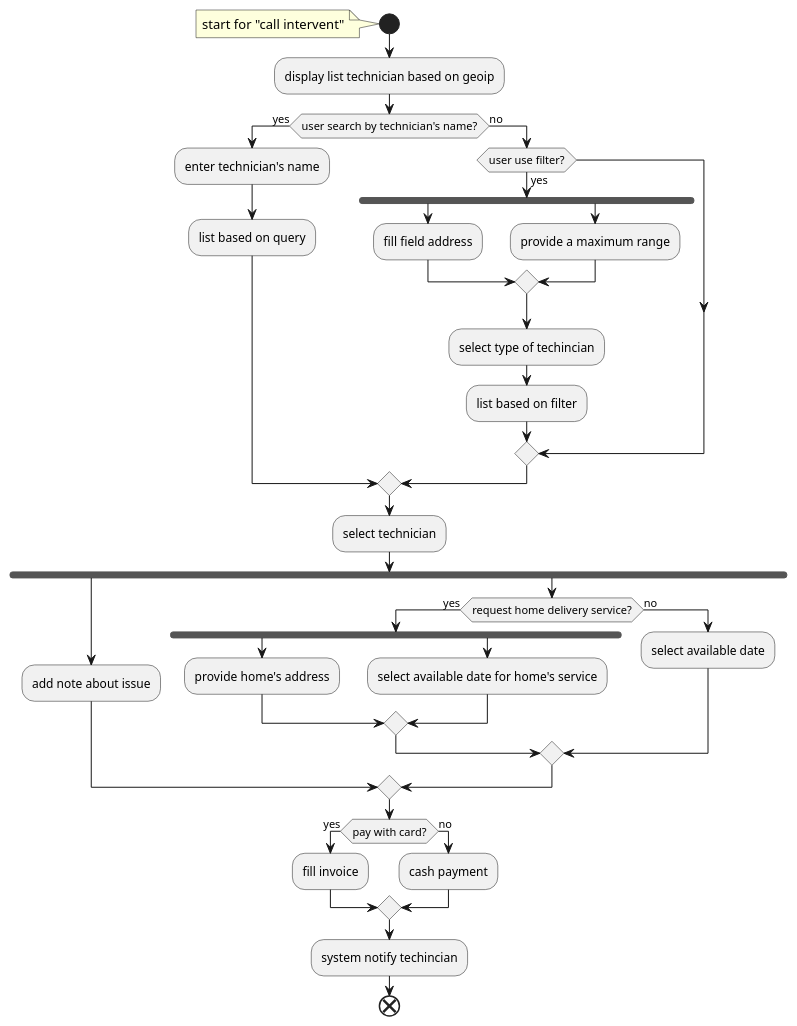
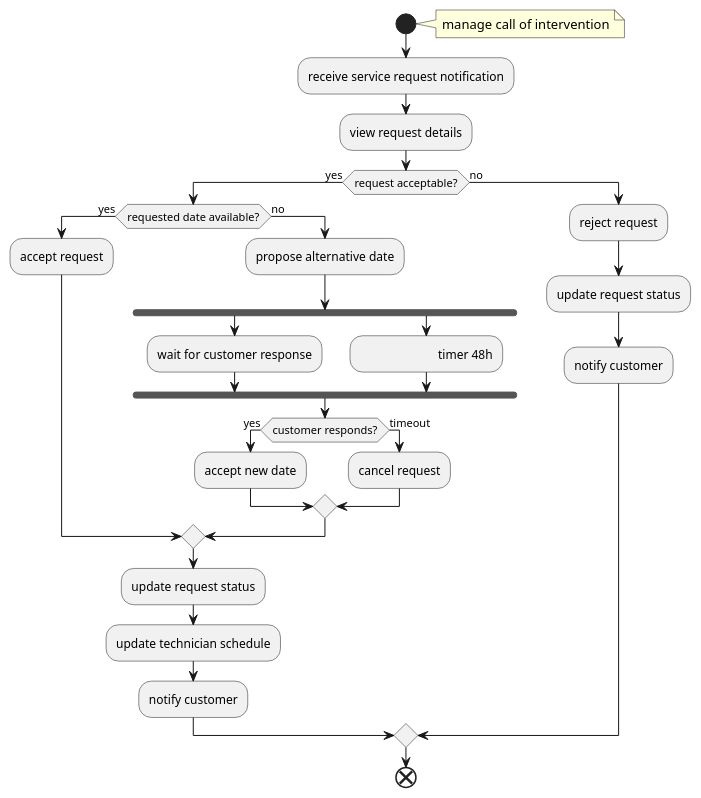
Before and after one commit to GiuEliNo/JustIT: the diagram in doc/activity_diagrams/call_intervantion_plantuml.md, drawn with PlantUML.

Commit message:
aggiunto timer

````diff
--- a/doc/activity_diagrams/call_intervantion_plantuml.md
+++ b/doc/activity_diagrams/call_intervantion_plantuml.md
@@ -1,57 +1,49 @@
 ```plantuml
 @startuml
+start
 
-start
-note
-start for "call intervent"
+note right
+manage call of intervention
 end note
 
-:display list technician based on geoip;
+:receive service request notification;
+:view request details;
 
-if (user search by technician's name?) then (yes)
-    :enter technician's name;
-    :list based on query;
+if (request acceptable?) then (yes)
+
+    if (requested date available?) then (yes)
+        :accept request;
+    else (no)
+        :propose alternative date;
+        fork
+            :wait for customer response;
+            
+        fork again
+        
+            :\t\t\t timer 48h; <<timeEvent>>
+            
+        end fork
+        
+        if (customer responds?) then (yes)
+                :accept new date;
+            else (timeout)
+                :cancel request;
+        endif
+        
+    endif
+
+    :update request status;
+    :update technician schedule;
+    :notify customer;
+
 else (no)
-    if (user use filter?) then (yes)
-    fork
-        :fill field address;
-    fork again
-        :provide a maximum range;
-    end merge
 
-    :select type of techincian;
-
-    :list based on filter;
-
+    :reject request;
+    :update request status;
+    :notify customer;
 
 endif
-endif
-
-:select technician;
-
-fork
-    :add note about issue;
-fork again
-    if (request home delivery service?) then (yes)
-        fork
-            :provide home's address;
-        fork again
-            :select available date for home's service;
-        end merge
-    else (no)
-        :select available date;
-    endif
-end merge
-
-if (pay with card?) then (yes)
-    :fill invoice;
-else (no)
-    :cash payment;
-endif
-
-:system notify techincian;
 
 end
-
 @enduml
 ```
````
